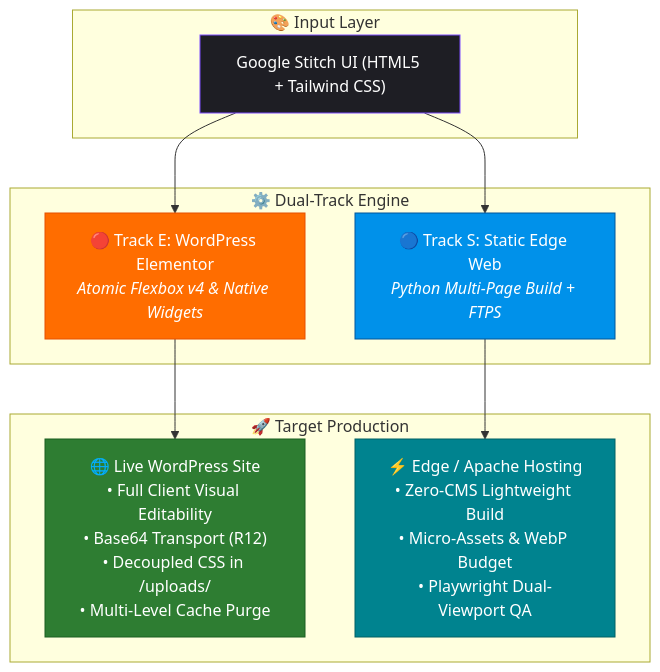
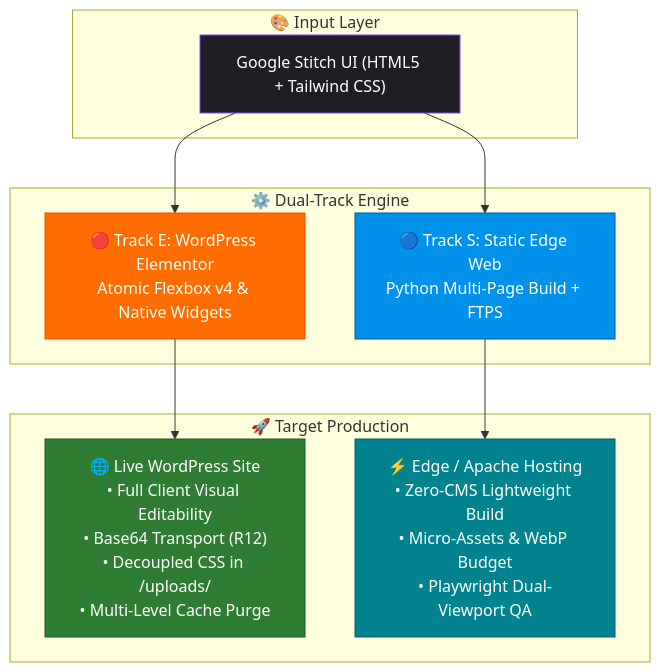
The second of 2 diagrams in README.md (eliuhads/stitch2elementor), drawn with Mermaid before and after one commit. The commit also changed other lines of this file and 1 other file, not shown here.

````diff
--- a/README.md
+++ b/README.md
@@ -82,27 +82,27 @@
 ```mermaid
 flowchart TD
     subgraph Input["🎨 Input Layer"]
         UI["Google Stitch UI (HTML5 + Tailwind CSS)"]
     end
 
     subgraph Tracks["⚙️ Dual-Track Engine"]
-        TrackE["🔴 Track E: WordPress Elementor<br/><i>Atomic Flexbox v4 & Native Widgets</i>"]
-        TrackS["🔵 Track S: Static Edge Web<br/><i>Python Multi-Page Build + FTPS</i>"]
+        TrackE["🔴 Track E: WordPress Elementor<br/>Atomic Flexbox v4 & Native Widgets"]
+        TrackS["🔵 Track S: Static Edge Web<br/>Python Multi-Page Build + FTPS"]
     end
 
     subgraph Outputs["🚀 Target Production"]
         WpLive["🌐 Live WordPress Site<br/>• Full Client Visual Editability<br/>• Base64 Transport (R12)<br/>• Decoupled CSS in /uploads/<br/>• Multi-Level Cache Purge"]
         StaticLive["⚡ Edge / Apache Hosting<br/>• Zero-CMS Lightweight Build<br/>• Micro-Assets & WebP Budget<br/>• Playwright Dual-Viewport QA"]
     end
 
     UI --> TrackE
     UI --> TrackS
     TrackE --> WpLive
     TrackS --> StaticLive
 
     style UI fill:#1e1e24,stroke:#7c4dff,color:#fff
     style TrackE fill:#ff6d00,stroke:#e65100,color:#fff
     style TrackS fill:#0091ea,stroke:#01579b,color:#fff
     style WpLive fill:#2e7d32,stroke:#1b5e20,color:#fff
     style StaticLive fill:#00838f,stroke:#006064,color:#fff
 ```
````
